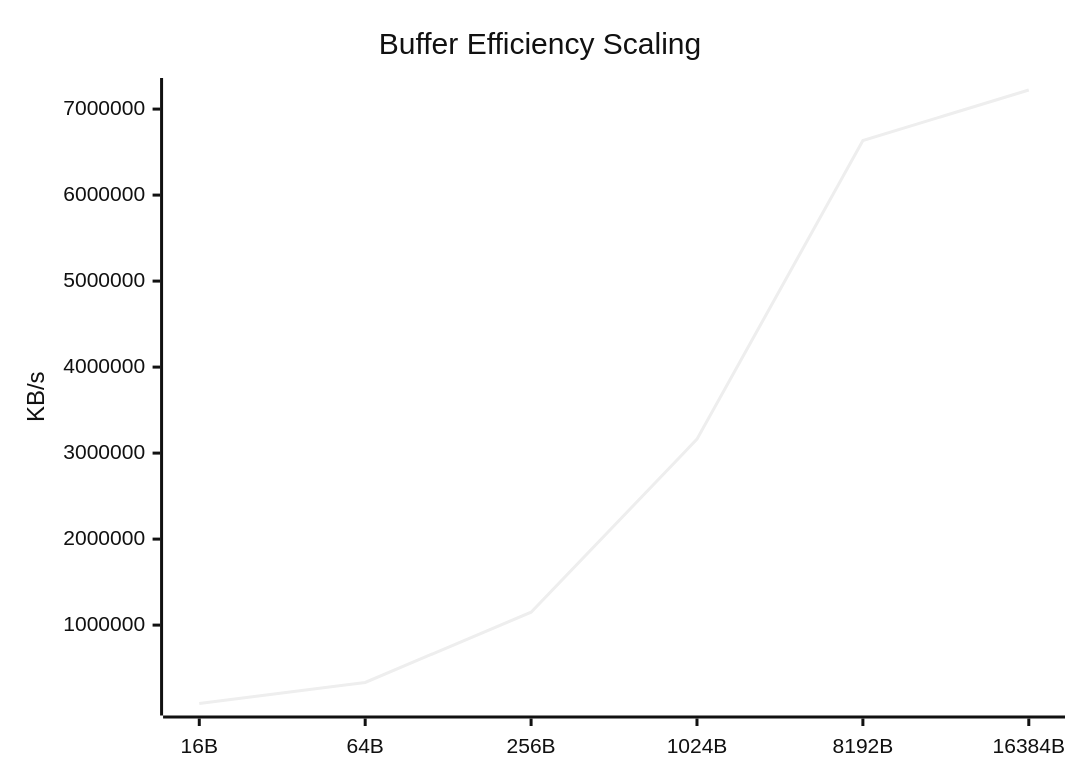
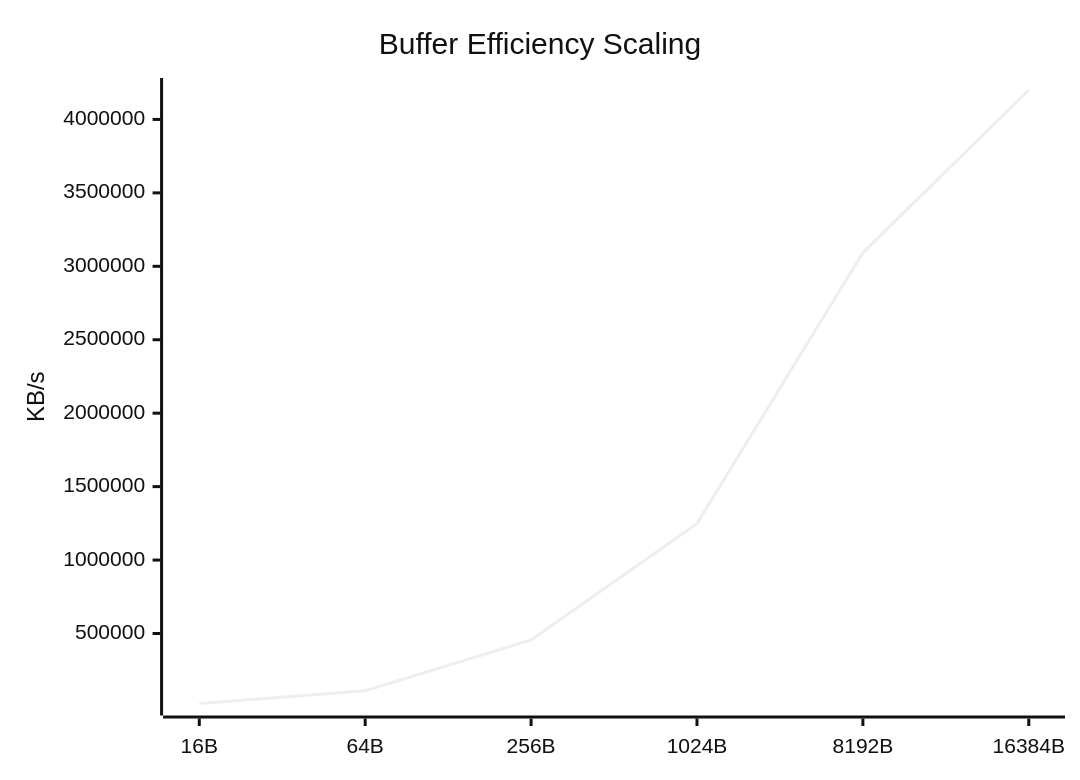
The sixth of 9 diagrams in docs/Comparison_Report.md (taha2samy/openssl_fips), drawn with Mermaid (neutral theme) before and after one commit. The commit also changed other lines of this file and 5 other files, not shown here.

````diff
--- a/docs/Comparison_Report.md
+++ b/docs/Comparison_Report.md
@@ -102,7 +102,7 @@
 ```mermaid
 xychart-beta
     title "Buffer Efficiency Scaling"
     x-axis [16B, 64B, 256B, 1024B, 8192B, 16384B]
     y-axis "KB/s"
-    line [88491.1, 333338.94, 1149814.14, 3162371.58, 6633406.46, 7221968.9]
+    line [23270.36, 110070.24, 456237.13, 1248325.57, 3092827.43, 4200486.72]
 ```
````
